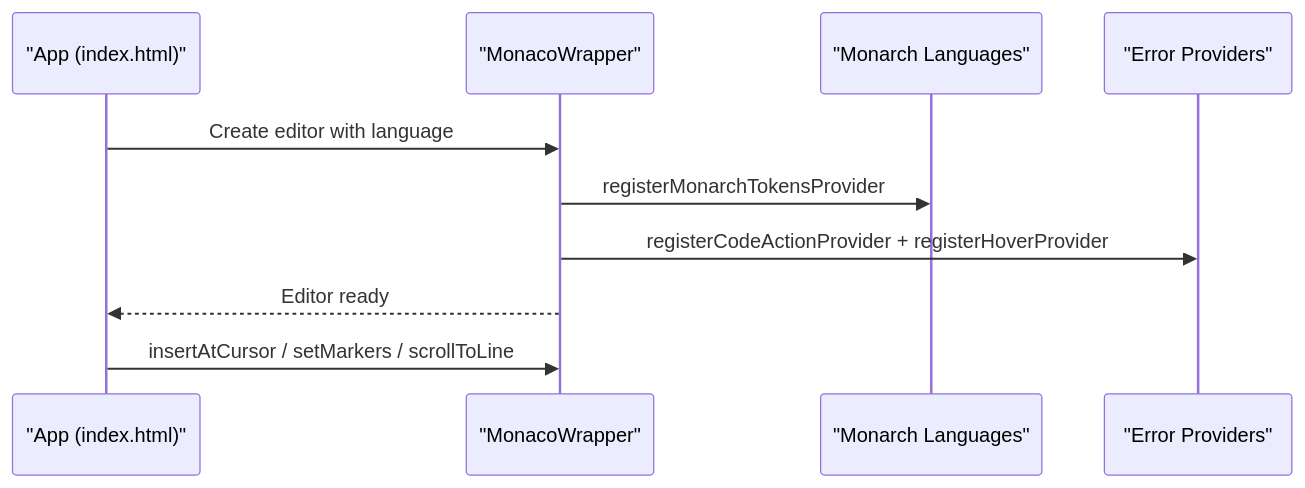
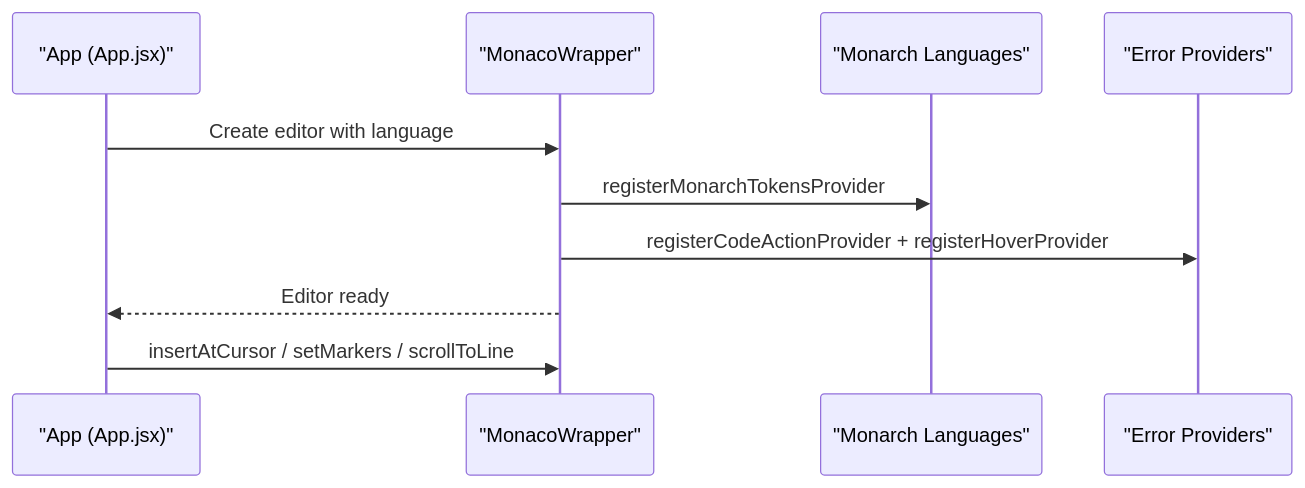
The sixth of 7 diagrams in .qoder/repowiki/en/content/Editor Architecture/Visual Editors/Visual Editors.md (ongchonghian/universal-diagram-editor), drawn with Mermaid before and after one commit. The commit also changed other lines of this file and 31 other files, not shown here.

````diff
--- a/.qoder/repowiki/en/content/Editor Architecture/Visual Editors/Visual Editors.md
+++ b/.qoder/repowiki/en/content/Editor Architecture/Visual Editors/Visual Editors.md
@@ -312,12 +255,12 @@
 ```mermaid
 sequenceDiagram
-participant App as "App (index.html)"
+participant App as "App (App.jsx)"
 participant Monaco as "MonacoWrapper"
 participant Lang as "Monarch Languages"
 participant Diag as "Error Providers"
 App->>Monaco : Create editor with language
 Monaco->>Lang : registerMonarchTokensProvider
 Monaco->>Diag : registerCodeActionProvider + registerHoverProvider
 Monaco-->>App : Editor ready
 App->>Monaco : insertAtCursor / setMarkers / scrollToLine
 ```
````
